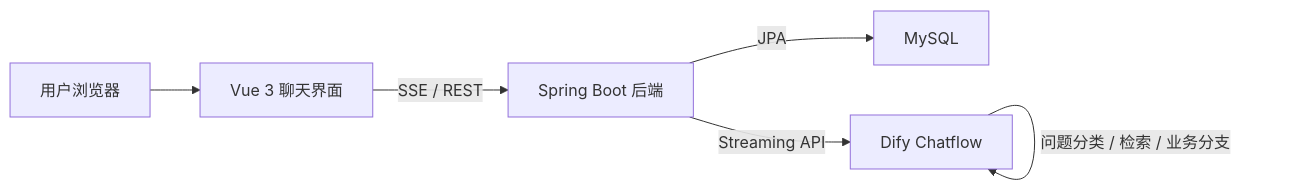
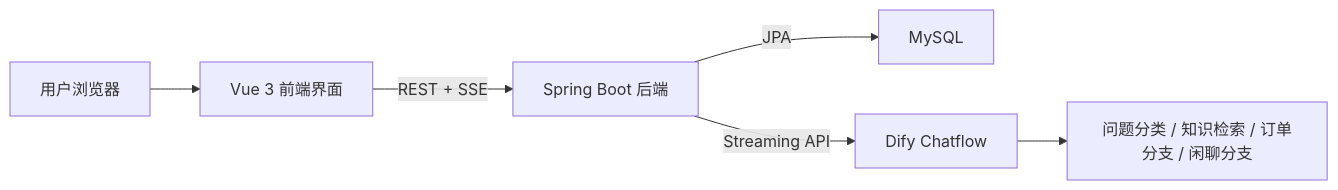
One commit to AeroCCC/Intelligent-Customer-Service-System changed the first of 2 diagrams in README.md. Above: the diagram before and after it, drawn with Mermaid. The commit also changed other lines of this file and 7 other files, not shown here.

````diff
--- a/README.md
+++ b/README.md
@@ -38,8 +49,8 @@
 ```mermaid
 flowchart LR
-    U["用户浏览器"] --> F["Vue 3 聊天界面"]
-    F -->|SSE / REST| B["Spring Boot 后端"]
+    U["用户浏览器"] --> V["Vue 3 前端界面"]
+    V -->|REST + SSE| B["Spring Boot 后端"]
     B -->|JPA| M["MySQL"]
     B -->|Streaming API| D["Dify Chatflow"]
-    D -->|问题分类 / 检索 / 业务分支| D
+    D --> C["问题分类 / 知识检索 / 订单分支 / 闲聊分支"]
 ```
````
